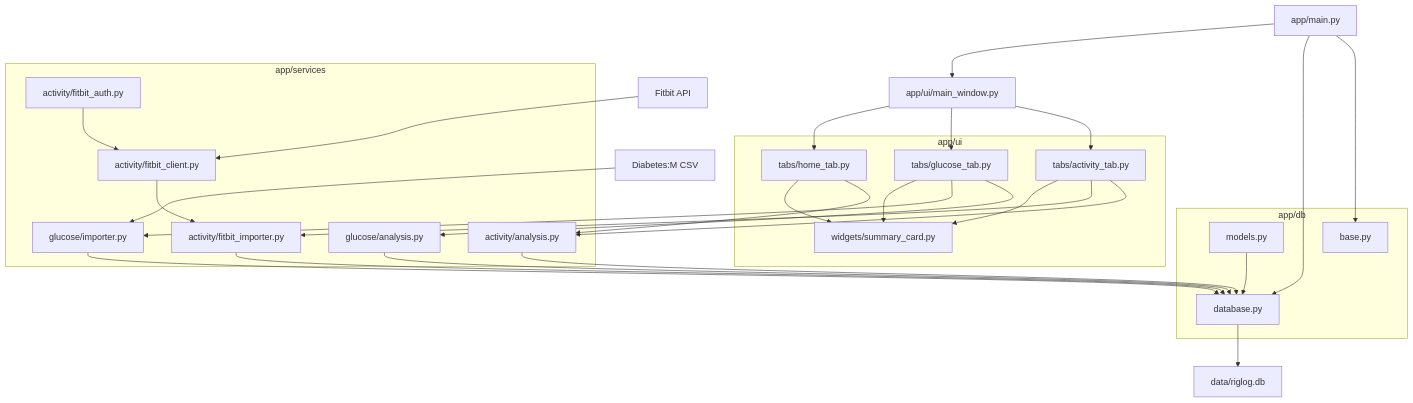
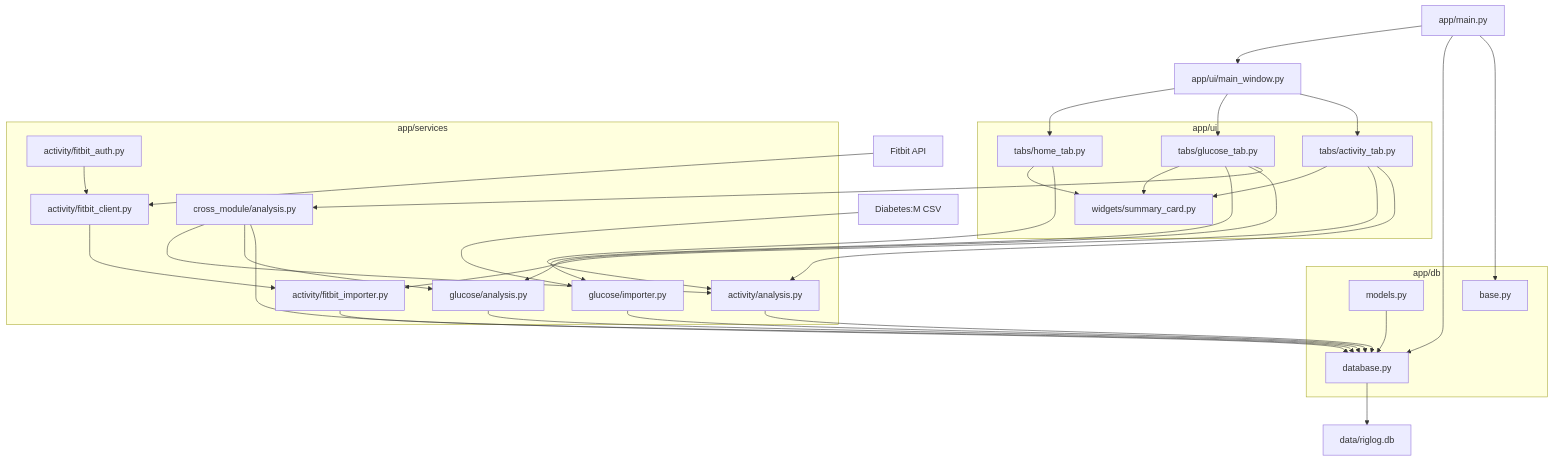
One commit to ADWilk19/riglog changed the diagram in README.md. Above: the diagram before and after it, drawn with Mermaid. The commit also changed other lines of this file, not shown here.

Commit message:
Update README for cross-module activity glucose insights

````diff
--- a/README.md
+++ b/README.md
@@ -242,61 +242,67 @@
 ```mermaid
 flowchart TD
     main["app/main.py"]
     window["app/ui/main_window.py"]
 
     subgraph ui["app/ui"]
         home["tabs/home_tab.py"]
         glucose_ui["tabs/glucose_tab.py"]
         activity_ui["tabs/activity_tab.py"]
         card["widgets/summary_card.py"]
     end
 
     subgraph services["app/services"]
         glucose_analysis["glucose/analysis.py"]
         glucose_importer["glucose/importer.py"]
         activity_analysis["activity/analysis.py"]
+        cross_module_analysis["cross_module/analysis.py"]
         fitbit_importer["activity/fitbit_importer.py"]
         fitbit_client["activity/fitbit_client.py"]
         fitbit_auth["activity/fitbit_auth.py"]
     end
 
     subgraph db["app/db"]
         models["models.py"]
         database["database.py"]
         base["base.py"]
     end
 
     diabetes["Diabetes:M CSV"]
     fitbit["Fitbit API"]
     sqlite["data/riglog.db"]
 
     main --> window
     main --> database
     main --> base
 
     window --> home
     window --> glucose_ui
     window --> activity_ui
 
     home --> card
     glucose_ui --> card
     activity_ui --> card
 
     diabetes --> glucose_importer
     glucose_ui --> glucose_importer
     glucose_ui --> glucose_analysis
+    glucose_ui --> cross_module_analysis
     glucose_importer --> database
     glucose_analysis --> database
 
     fitbit --> fitbit_client
     fitbit_auth --> fitbit_client
     fitbit_client --> fitbit_importer
     activity_ui --> fitbit_importer
     activity_ui --> activity_analysis
     home --> activity_analysis
     fitbit_importer --> database
     activity_analysis --> database
 
+    cross_module_analysis --> activity_analysis
+    cross_module_analysis --> glucose_analysis
+    cross_module_analysis --> database
+
     models --> database
     database --> sqlite
 ```
````
